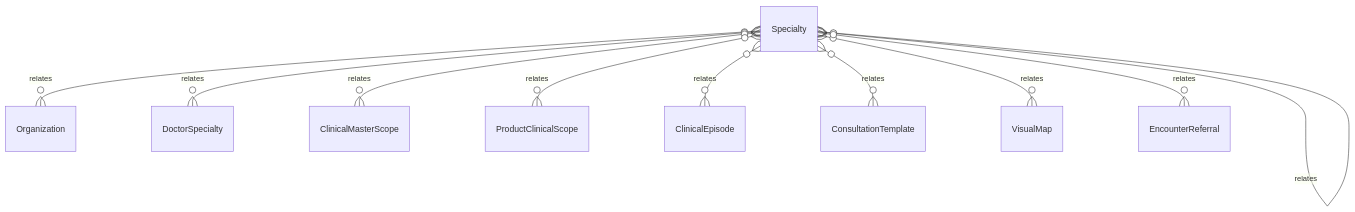
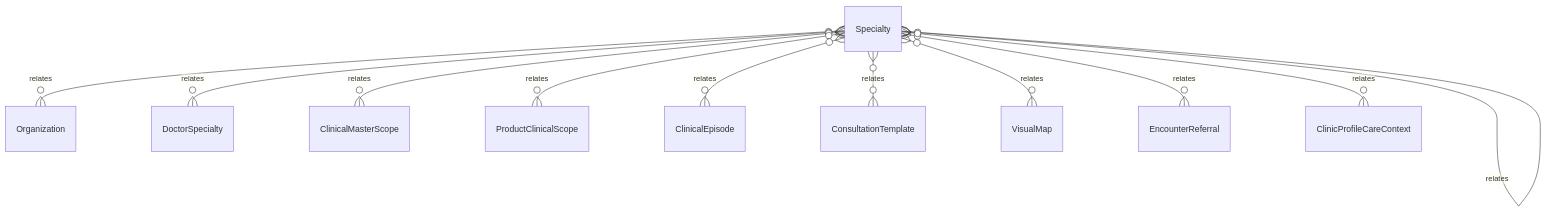
Before and after one commit to tejasnirala/rcln: the diagram in .kb/Database/Specialty.md, drawn with Mermaid. The commit also changed other lines of this file and 141 other files, not shown here.

````diff
--- a/.kb/Database/Specialty.md
+++ b/.kb/Database/Specialty.md
@@ -59,12 +60,13 @@
 ```mermaid
 erDiagram
     Specialty }o--o{ Organization : relates
     Specialty }o--o{ Specialty : relates
     Specialty }o--o{ DoctorSpecialty : relates
     Specialty }o--o{ ClinicalMasterScope : relates
     Specialty }o--o{ ProductClinicalScope : relates
     Specialty }o--o{ ClinicalEpisode : relates
     Specialty }o--o{ ConsultationTemplate : relates
     Specialty }o--o{ VisualMap : relates
     Specialty }o--o{ EncounterReferral : relates
+    Specialty }o--o{ ClinicProfileCareContext : relates
 ```
````
